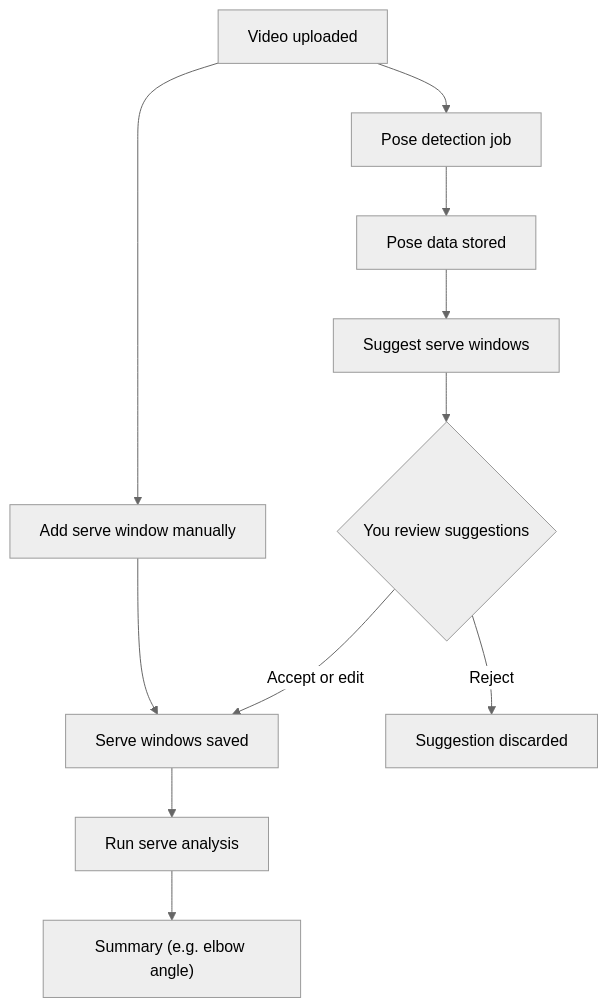
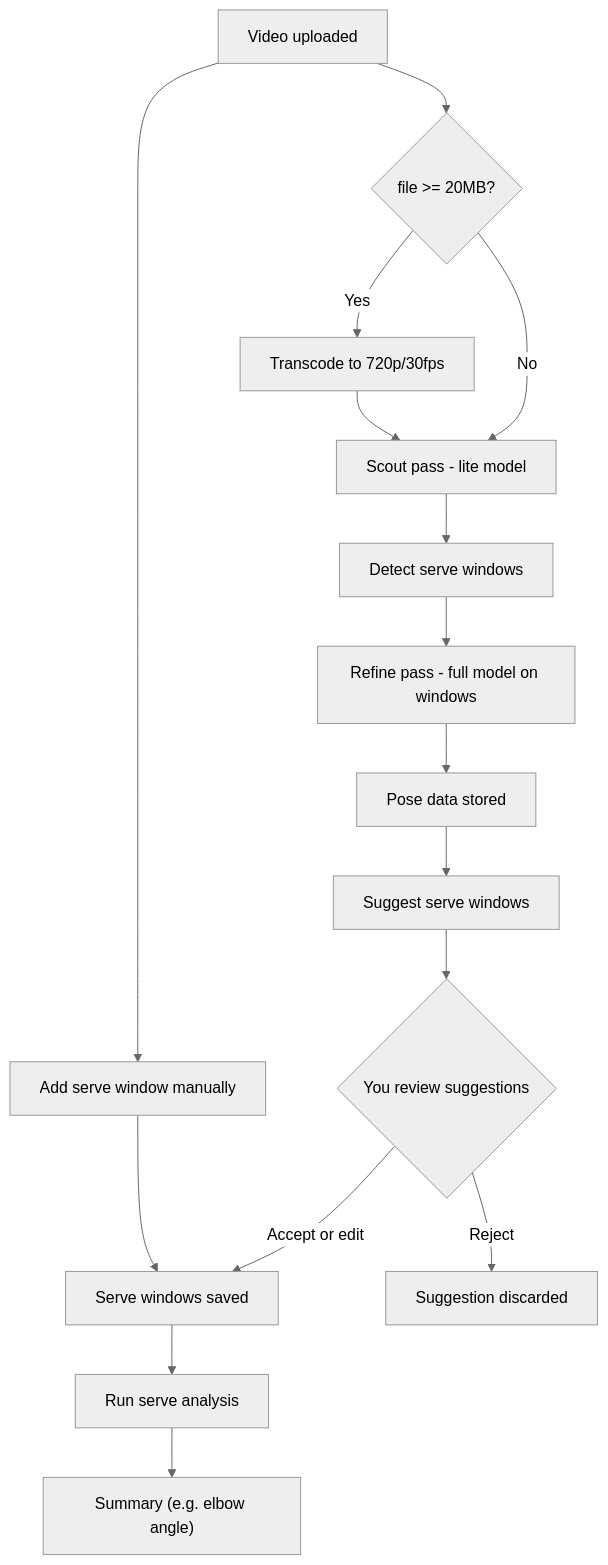
One commit to aseda-sam/tennis_coach_app changed the diagram in project_docs/diagrams/analysis-pipeline.md. Above: the diagram before and after it, drawn with Mermaid (neutral theme). The commit also changed other lines of this file and 73 other files, not shown here.

First line of the commit message:
feat: enhance video processing, pose detection, and player controls

````diff
--- a/project_docs/diagrams/analysis-pipeline.md
+++ b/project_docs/diagrams/analysis-pipeline.md
@@ -5,15 +5,20 @@
 ```mermaid
 flowchart TD
-  V[Video uploaded] --> POSE[Pose detection job]
+  V[Video uploaded] --> TRANSCODE{file >= 20MB?}
+  TRANSCODE -->|Yes| T[Transcode to 720p/30fps]
+  TRANSCODE -->|No| SCOUT[Scout pass - lite model]
+  T --> SCOUT
+  SCOUT --> DETECT[Detect serve windows]
+  DETECT --> REFINE[Refine pass - full model on windows]
+  REFINE --> POSE_DATA[Pose data stored]
+
   V --> MANUAL[Add serve window manually]
-  POSE --> POSE_DATA[Pose data stored]
-
   POSE_DATA --> PROPOSE[Suggest serve windows]
   PROPOSE --> REVIEW{You review suggestions}
   REVIEW -->|Accept or edit| SA[Serve windows saved]
   REVIEW -->|Reject| REJ[Suggestion discarded]
 
   MANUAL --> SA
   SA --> ANALYZE[Run serve analysis]
   ANALYZE --> SUMMARY["Summary (e.g. elbow angle)"]
 ```
````
